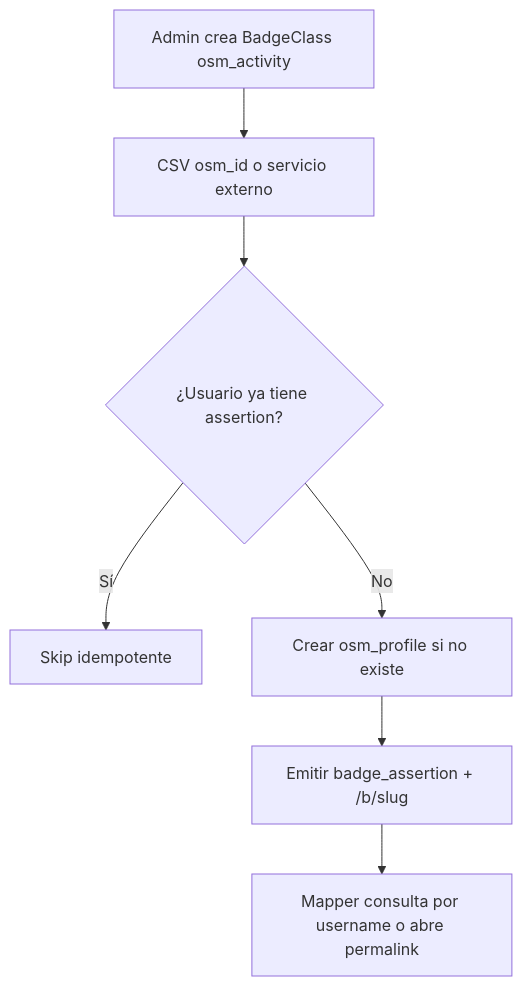
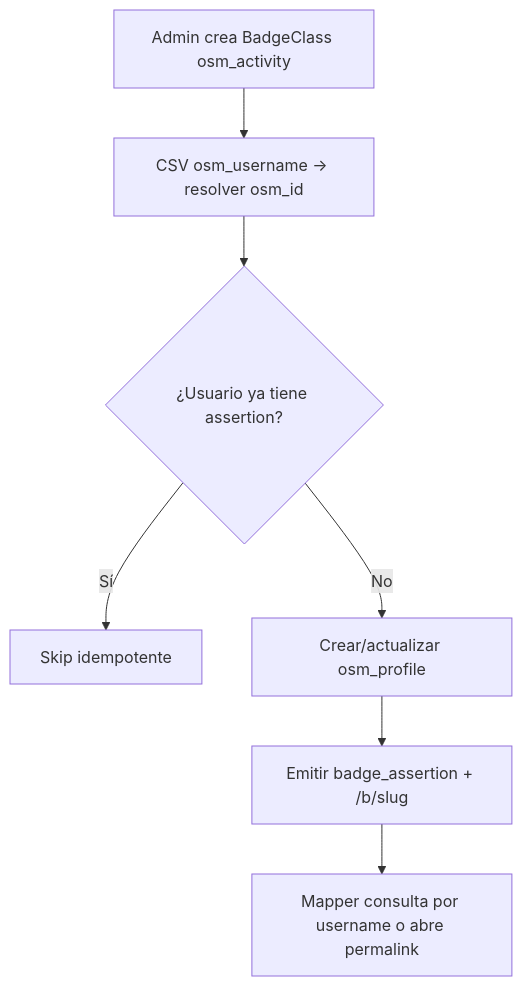
One commit to OSMLatam/certificados changed the ninth of 9 diagrams in docs/04-flujos-funcionales.md. Above: the diagram before and after it, drawn with Mermaid. The commit also changed other lines of this file and 16 other files, not shown here.

````diff
--- a/docs/04-flujos-funcionales.md
+++ b/docs/04-flujos-funcionales.md
@@ -311,9 +321,9 @@
 ```mermaid
 flowchart TD
-    A[Admin crea BadgeClass osm_activity] --> B[CSV osm_id o servicio externo]
+    A[Admin crea BadgeClass osm_activity] --> B[CSV osm_username → resolver osm_id]
     B --> C{¿Usuario ya tiene assertion?}
     C -->|Sí| D[Skip idempotente]
-    C -->|No| E[Crear osm_profile si no existe]
+    C -->|No| E[Crear/actualizar osm_profile]
     E --> F[Emitir badge_assertion + /b/slug]
     F --> G[Mapper consulta por username o abre permalink]
 ```
````
